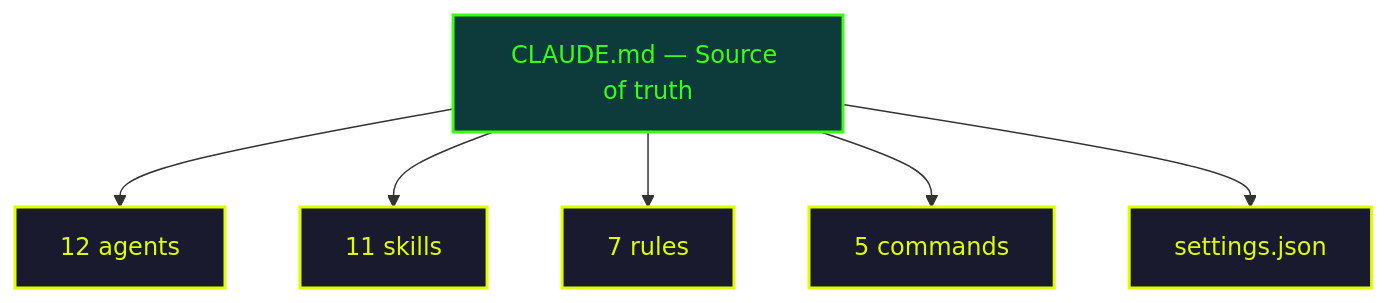
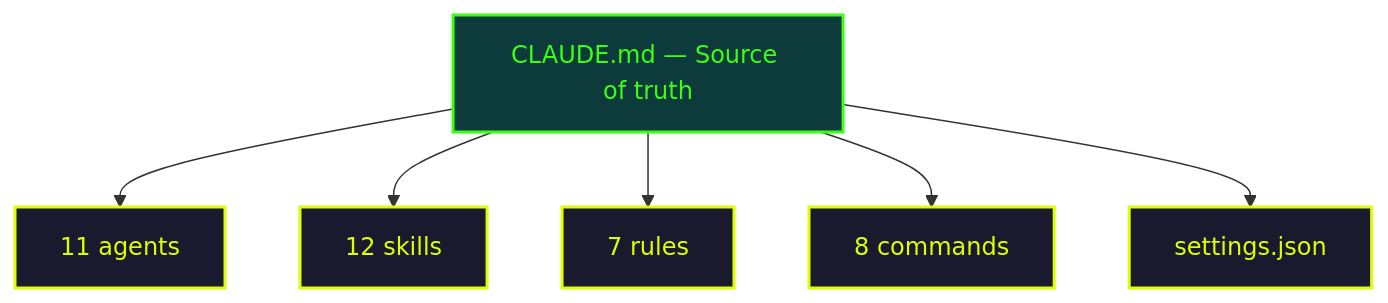
One commit to fondative/claude-code-ecosystem changed the fourth of 15 diagrams in docs/en/guide/methodology.md. Above: the diagram before and after it, drawn with Mermaid. The commit also changed other lines of this file and 260 other files, not shown here.

````diff
--- a/docs/en/guide/methodology.md
+++ b/docs/en/guide/methodology.md
@@ -189,15 +193,15 @@
 ```mermaid
 graph TB
     CM["CLAUDE.md — Source of truth"]
 
-    CM --> AG["12 agents"]
-    CM --> SK["11 skills"]
+    CM --> AG["11 agents"]
+    CM --> SK["12 skills"]
     CM --> RU["7 rules"]
-    CM --> CO["5 commands"]
+    CM --> CO["8 commands"]
     CM --> SE["settings.json"]
 
     classDef source fill:#0d3b3b,stroke:#39ff14,stroke-width:2px,color:#39ff14
     classDef item fill:#1a1a2e,stroke:#ddff00,stroke-width:2px,color:#ddff00
     class CM source
     class AG,SK,RU,CO,SE item
 ```
````
